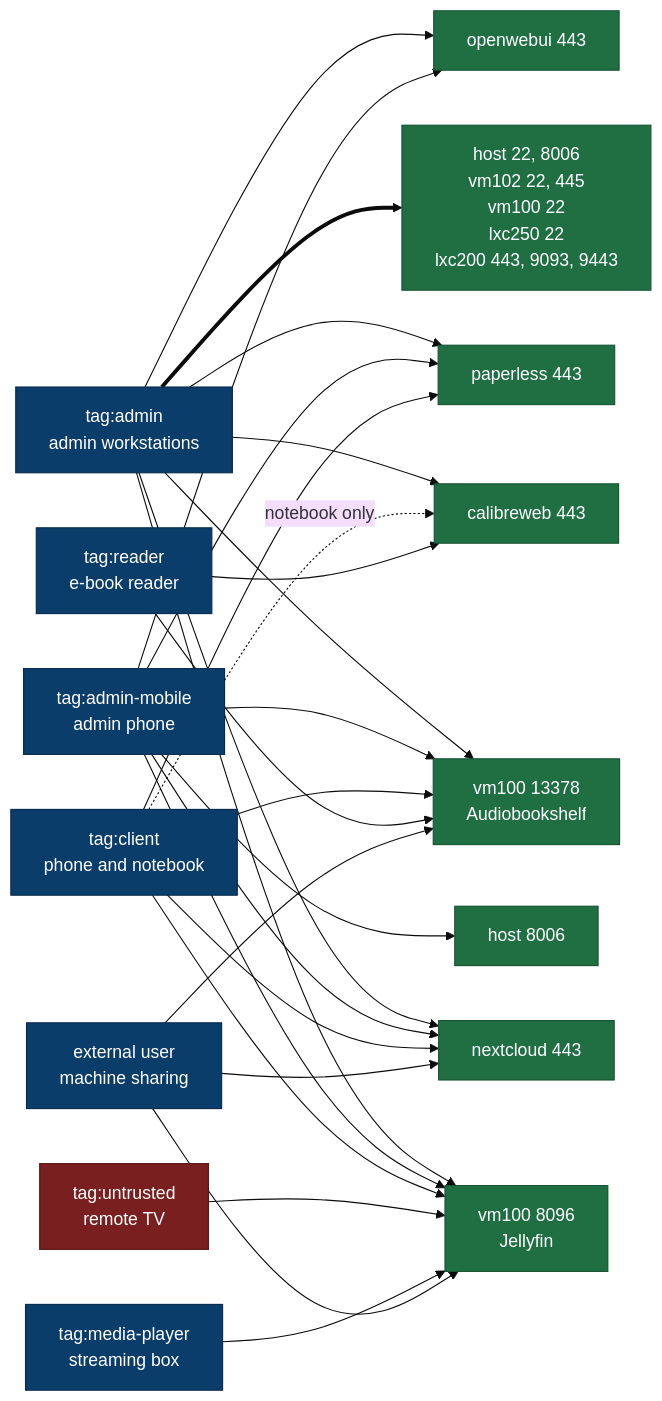
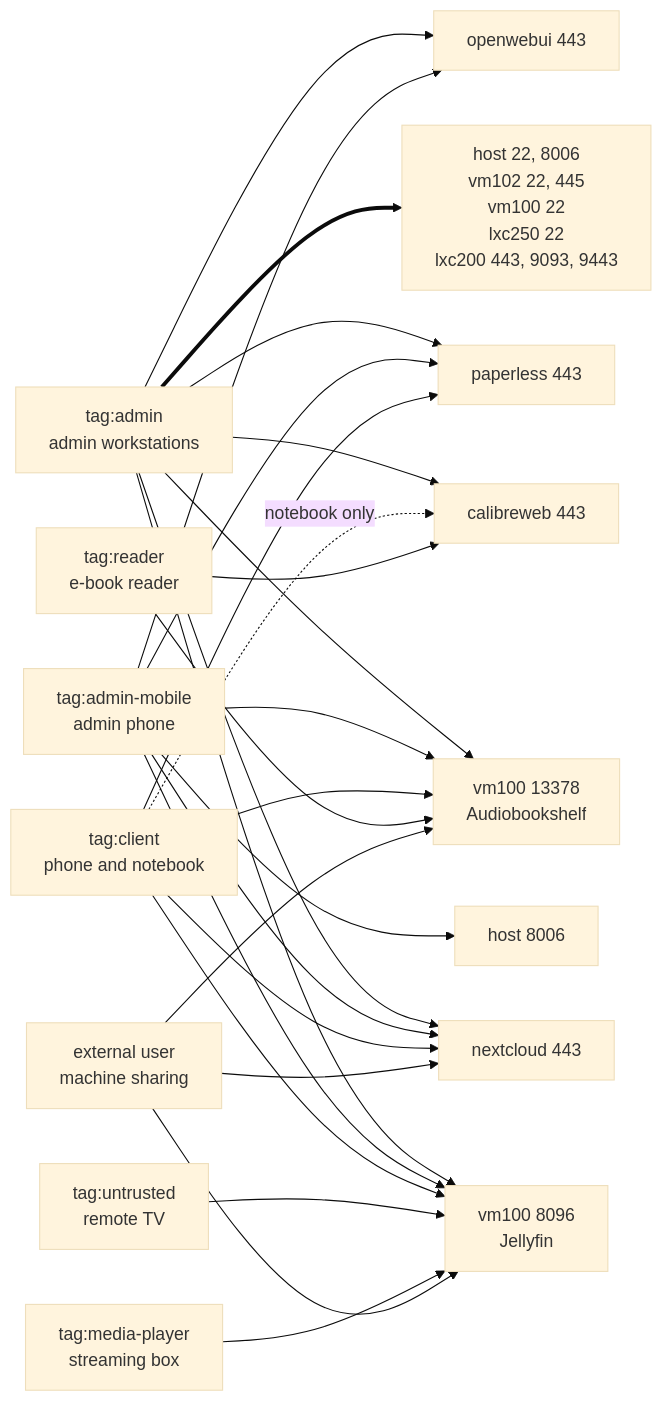
One commit to NicolasPogorzelski/homelab-server-architecture changed the first of 3 diagrams in docs/architecture/diagram.md. Above: the diagram before and after it, drawn with Mermaid (base theme). The commit also changed other lines of this file and 23 other files, not shown here.

First line of the commit message:
docs(docs): reduce node, service and architecture documents to current state

````diff
--- a/docs/architecture/diagram.md
+++ b/docs/architecture/diagram.md
@@ -43,39 +21,32 @@
 ```mermaid
 flowchart LR
   accTitle: Tailscale ACL - access granted to people's devices
   accDescr: Admin workstations, admin phone, end-user devices, e-book reader, a remote TV, a streaming box and an external user through machine sharing, each with the services and ports it may reach.
 
   ADMIN_S["tag:admin<br/>admin workstations"]
   MOBILE_S["tag:admin-mobile<br/>admin phone"]
   CLIENT_S["tag:client<br/>phone and notebook"]
   READER_S["tag:reader<br/>e-book reader"]
   UNTRUST_S["tag:untrusted<br/>remote TV"]
   PLAYER_S["tag:media-player<br/>streaming box"]
   EXTERNAL_S["external user<br/>machine sharing"]
 
   INFRA["host 22, 8006<br/>vm102 22, 445<br/>vm100 22<br/>lxc250 22<br/>lxc200 443, 9093, 9443"]
   PVE["host 8006"]
   NC["nextcloud 443"]
   PL["paperless 443"]
   CW["calibreweb 443"]
   OW["openwebui 443"]
   JF["vm100 8096<br/>Jellyfin"]
   ABS["vm100 13378<br/>Audiobookshelf"]
 
   ADMIN_S ==> INFRA
   ADMIN_S --> NC & PL & CW & OW & JF & ABS
   MOBILE_S --> PVE & NC & PL & OW & JF & ABS
   CLIENT_S --> NC & PL & JF & ABS
   CLIENT_S -.->|"notebook only"| CW
   READER_S --> CW & ABS
   UNTRUST_S --> JF
   PLAYER_S --> JF
   EXTERNAL_S --> NC & JF & ABS
-
-  classDef src fill:#0b3d6b,stroke:#062a4b,color:#ffffff
-  classDef dst fill:#1f6f43,stroke:#14512f,color:#ffffff
-  classDef untrust fill:#7a1f1f,stroke:#571414,color:#ffffff
-  class ADMIN_S,MOBILE_S,CLIENT_S,READER_S,PLAYER_S,EXTERNAL_S src
-  class INFRA,PVE,NC,PL,CW,OW,JF,ABS dst
-  class UNTRUST_S untrust
 ```
````
